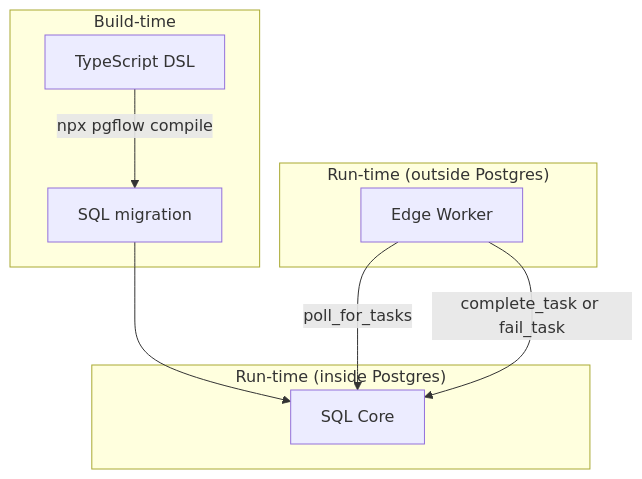
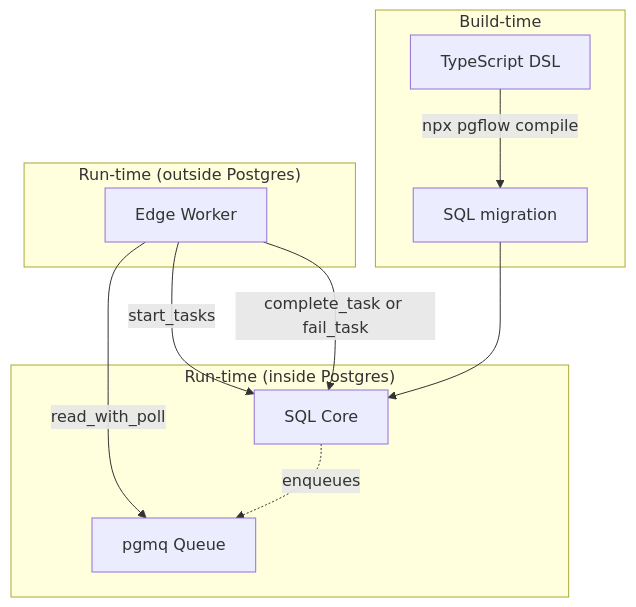
Before and after one commit to pgflow-dev/pgflow: the diagram in pkgs/website/src/assets/architecture-diagrams/three-layers.mermaid, drawn with Mermaid. The commit also changed 4 other files, not shown here.

```diff
--- a/pkgs/website/src/assets/architecture-diagrams/three-layers.mermaid
+++ b/pkgs/website/src/assets/architecture-diagrams/three-layers.mermaid
@@ -1,14 +1,17 @@
 graph TD
     subgraph "Build-time"
       DSL[TypeScript DSL]
       DSL -->|npx pgflow compile| SQL[SQL migration]
     end
-    subgraph "Run-time (inside Postgres)"
-      CORE["SQL Core"]
-    end
     subgraph "Run-time (outside Postgres)"
       WORKER["Edge Worker"]
     end
+    subgraph "Run-time (inside Postgres)"
+      QUEUE["pgmq Queue"]
+      CORE["SQL Core"]
+    end
     SQL --> CORE
-    WORKER -->|poll_for_tasks| CORE
+    WORKER -->|read_with_poll| QUEUE
+    WORKER -->|start_tasks| CORE
     WORKER -->|complete_task or fail_task| CORE
+    CORE -.->|enqueues| QUEUE
```
